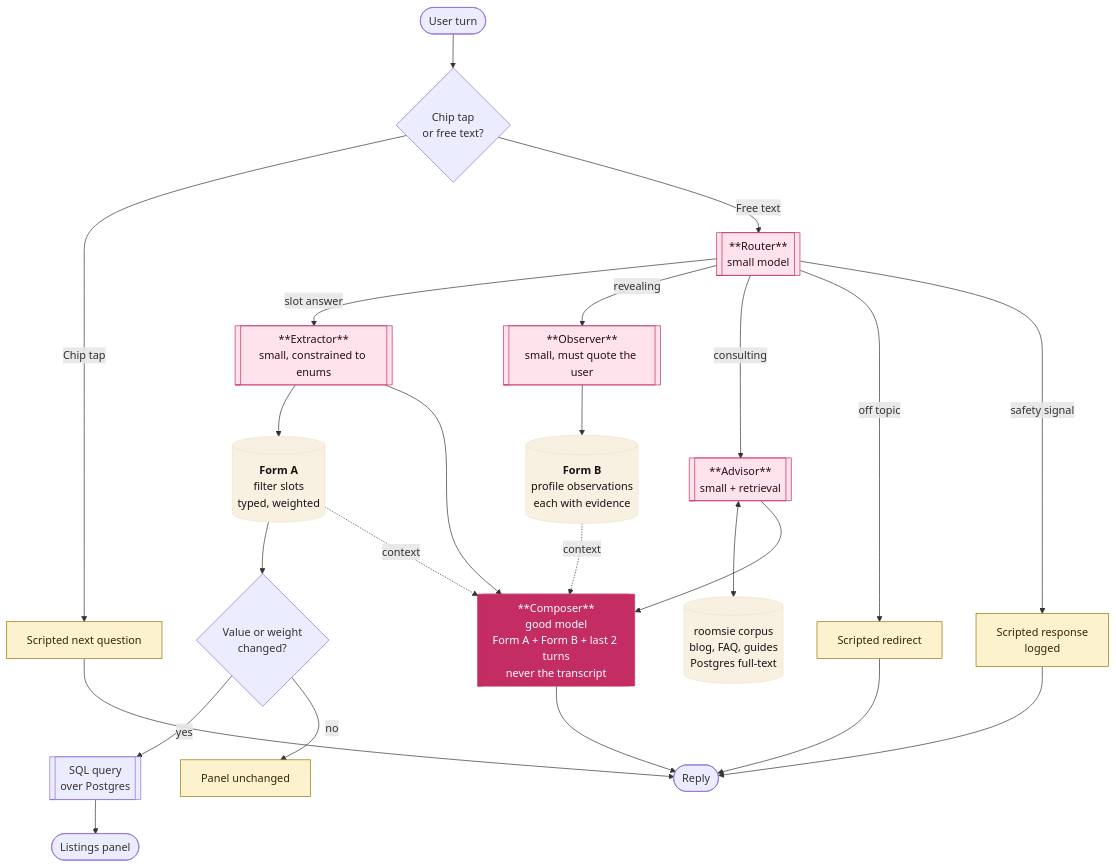
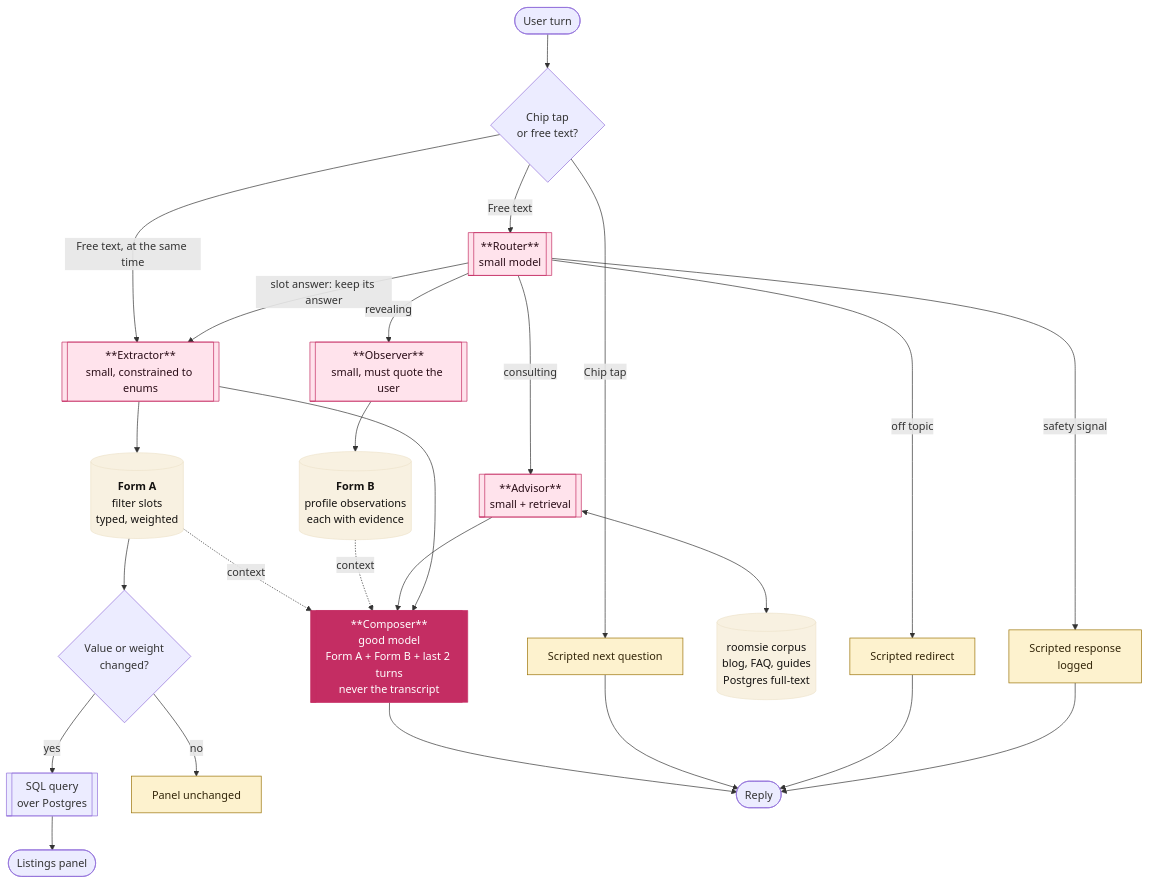
One commit to magentawood/roomsie changed the first of 2 diagrams in docs/agent-architecture.md. Above: the diagram before and after it, drawn with Mermaid. The commit also changed other lines of this file and 15 other files, not shown here.

````diff
--- a/docs/agent-architecture.md
+++ b/docs/agent-architecture.md
@@ -121,47 +121,48 @@
 ```mermaid
 flowchart TD
     U([User turn])
 
     U --> K{Chip tap<br/>or free text?}
 
     K -->|Chip tap| SCR[Scripted next question]
     K -->|Free text| R[["**Router**<br/>small model"]]
 
-    R -->|slot answer| EX[["**Extractor**<br/>small, constrained to enums"]]
+    K -->|Free text, at the same time| EX[["**Extractor**<br/>small, constrained to enums"]]
+    R -->|slot answer: keep its answer| EX
     R -->|revealing| OB[["**Observer**<br/>small, must quote the user"]]
     R -->|consulting| AD[["**Advisor**<br/>small + retrieval"]]
     R -->|off topic| RED[Scripted redirect]
     R -->|safety signal| SAF[Scripted response<br/>logged]
 
     AD <--> CORP[(roomsie corpus<br/>blog, FAQ, guides<br/>Postgres full-text)]
 
     EX --> FA[(<b>Form A</b><br/>filter slots<br/>typed, weighted)]
     OB --> FB[(<b>Form B</b><br/>profile observations<br/>each with evidence)]
 
     FA --> CH{Value or weight<br/>changed?}
     CH -->|yes| SQL[[SQL query<br/>over Postgres]]
     CH -->|no| STILL[Panel unchanged]
     SQL --> PANEL([Listings panel])
 
     FA -.context.-> CMP
     FB -.context.-> CMP
     AD --> CMP
     EX --> CMP
 
     CMP[["**Composer**<br/>good model<br/>Form A + Form B + last 2 turns<br/>never the transcript"]]
 
     CMP --> OUT([Reply])
     SCR --> OUT
     RED --> OUT
     SAF --> OUT
 
     classDef nomodel fill:#FDF2CE,stroke:#9A7206,color:#33260A
     classDef small fill:#FFE3EC,stroke:#C42D63,color:#2A0D17
     classDef big fill:#C42D63,stroke:#C42D63,color:#FFFFFF
     classDef store fill:#F8F1E1,stroke:#EDE3CC,color:#141210
 
     class SCR,RED,SAF,STILL nomodel
     class R,EX,OB,AD small
     class CMP big
     class FA,FB,CORP store
 ```
````
